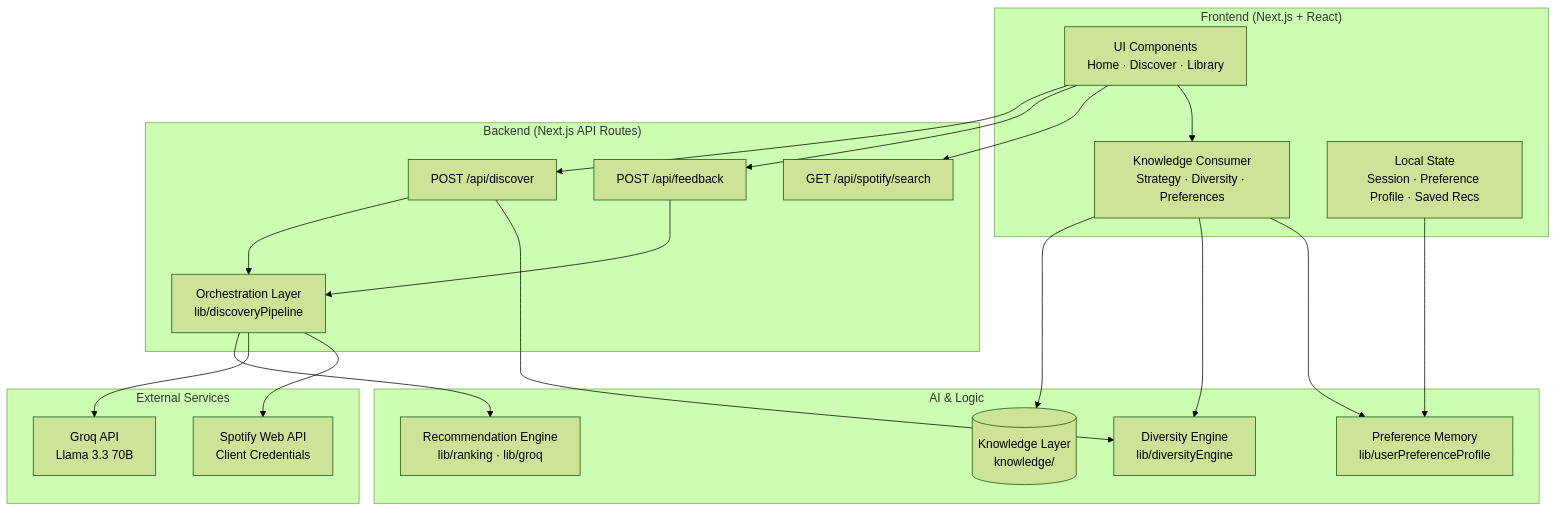
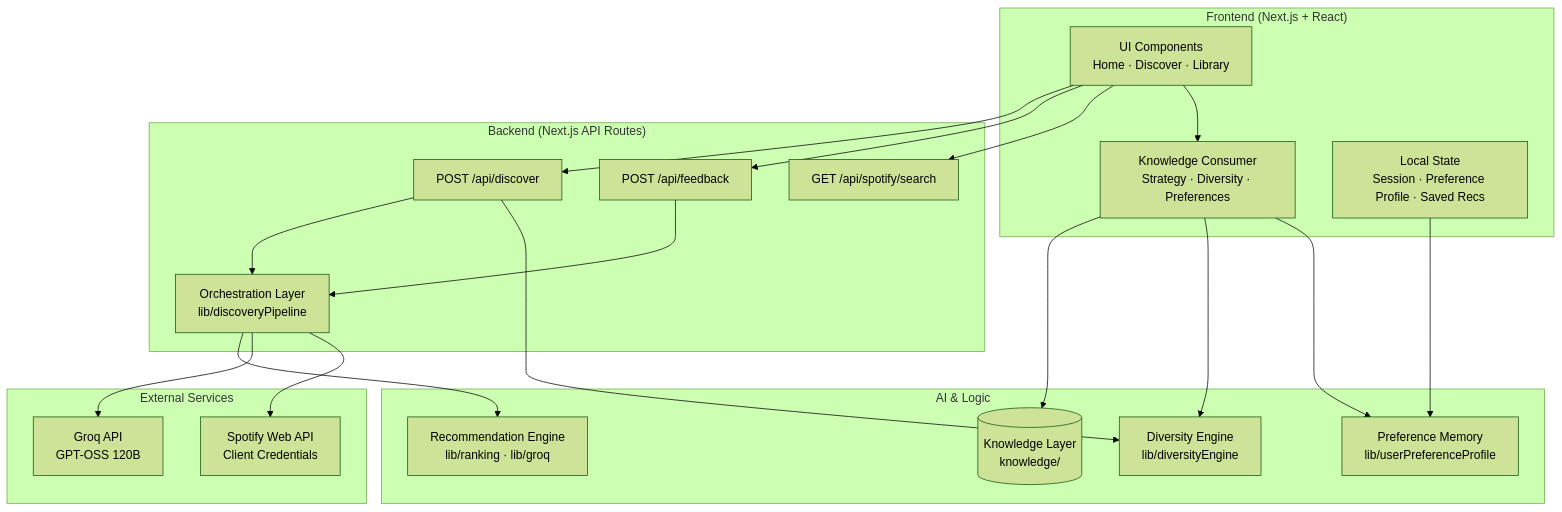
The second of 3 diagrams in README.md (Rukhsar24081998/spotify-discovery-companion), drawn with Mermaid (forest theme) before and after one commit. The commit also changed other lines of this file and 6 other files, not shown here.

Commit message:
Migrate Groq AI pipeline from Llama 3.3 70B to GPT-OSS 120B

````diff
--- a/README.md
+++ b/README.md
@@ -143,43 +143,43 @@
 ```mermaid
 flowchart TB
     subgraph Client["Frontend (Next.js + React)"]
         UI[UI Components<br/>Home · Discover · Library]
         KM[Knowledge Consumer<br/>Strategy · Diversity · Preferences]
         LS[Local State<br/>Session · Preference Profile · Saved Recs]
     end
 
     subgraph Server["Backend (Next.js API Routes)"]
         DR["POST /api/discover"]
         FB["POST /api/feedback"]
         SS["GET /api/spotify/search"]
         ORCH[Orchestration Layer<br/>lib/discoveryPipeline]
     end
 
     subgraph Intelligence["AI & Logic"]
         KL[(Knowledge Layer<br/>knowledge/)]
         RE[Recommendation Engine<br/>lib/ranking · lib/groq]
         DE[Diversity Engine<br/>lib/diversityEngine]
         PM[Preference Memory<br/>lib/userPreferenceProfile]
     end
 
     subgraph External["External Services"]
-        GROQ[Groq API<br/>Llama 3.3 70B]
+        GROQ[Groq API<br/>GPT-OSS 120B]
         SPOTIFY[Spotify Web API<br/>Client Credentials]
     end
 
     UI --> DR
     UI --> FB
     UI --> SS
     UI --> KM
     KM --> KL
     KM --> DE
     KM --> PM
     LS --> PM
 
     DR --> ORCH
     FB --> ORCH
     ORCH --> RE
     ORCH --> GROQ
     ORCH --> SPOTIFY
     DR --> DE
 ```
````
